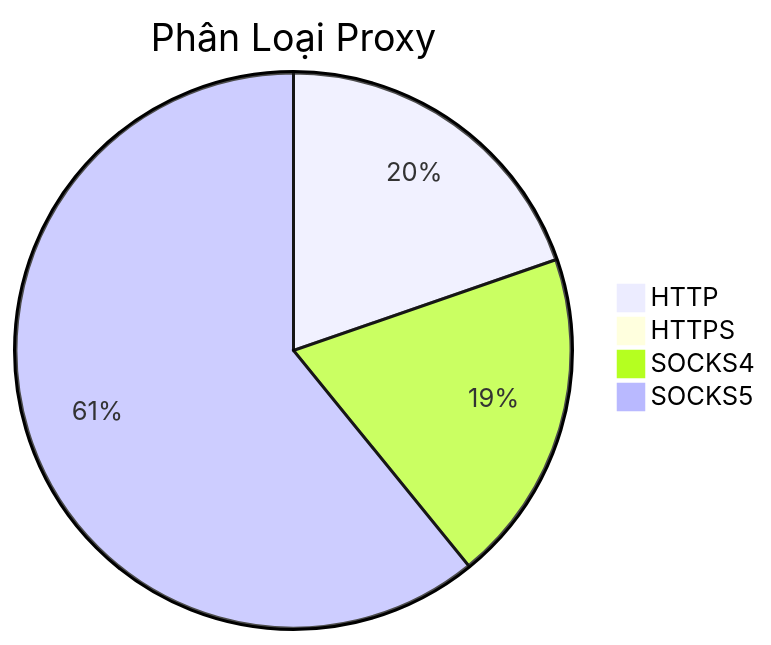
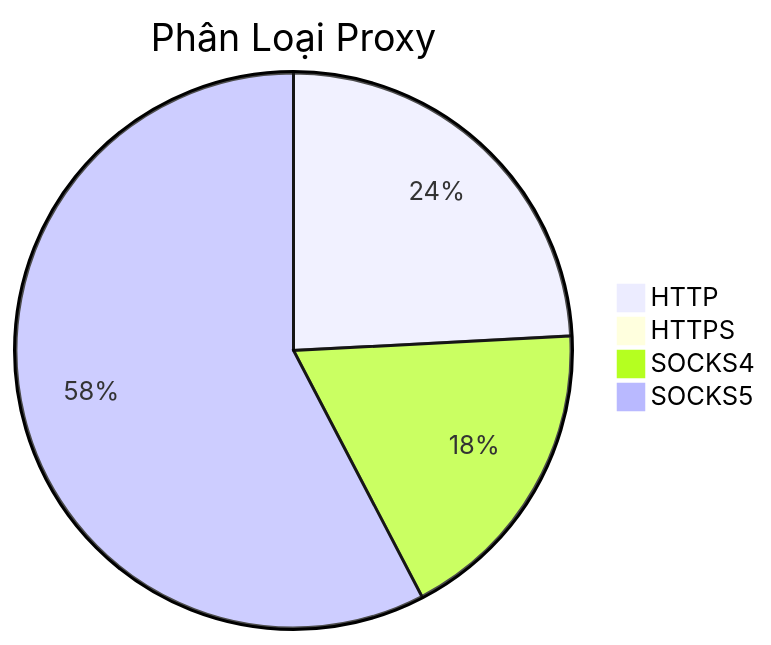
Before and after one commit to Ciara-12/PROXY-free: the diagram in README.md, drawn with Mermaid. The commit also changed other lines of this file and 3 other files, not shown here.

````diff
--- a/README.md
+++ b/README.md
@@ -26,7 +26,7 @@
 ```mermaid
 pie title Phân Loại Proxy
-    "HTTP" : 367
+    "HTTP" : 557
     "HTTPS" : 1
-    "SOCKS4" : 362
-    "SOCKS5" : 1134
+    "SOCKS4" : 419
+    "SOCKS5" : 1329
 ```
````
